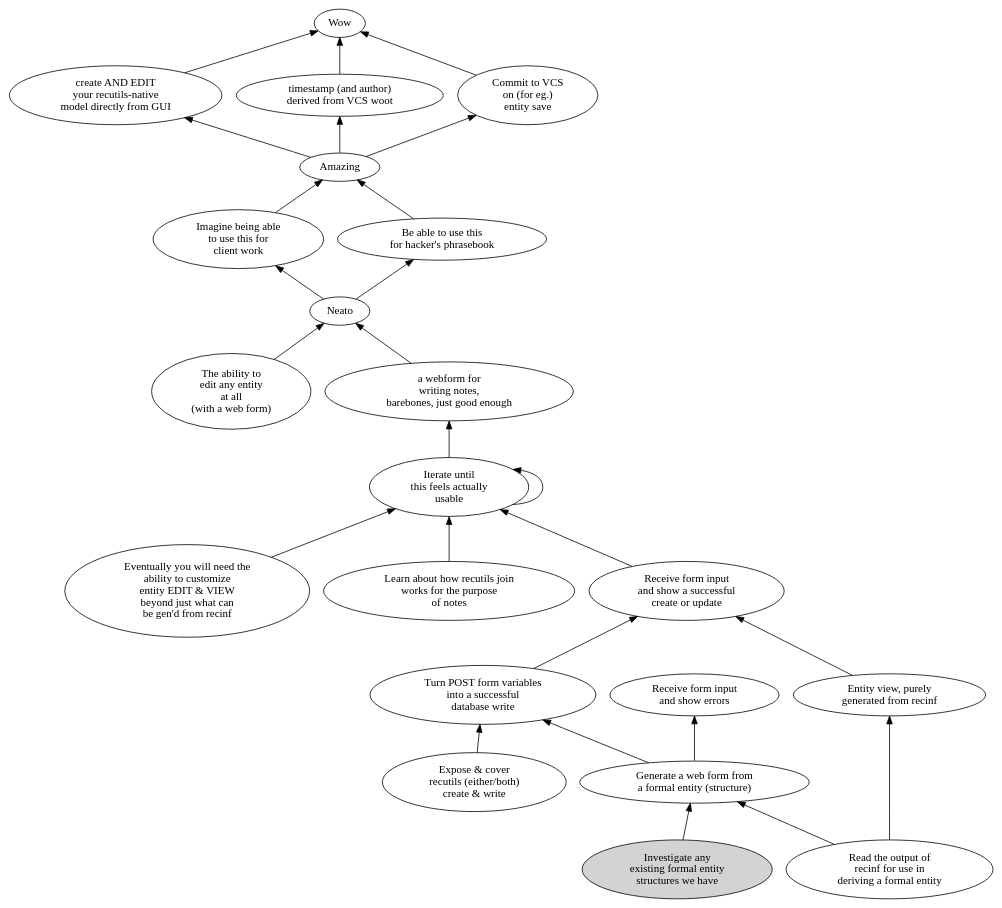
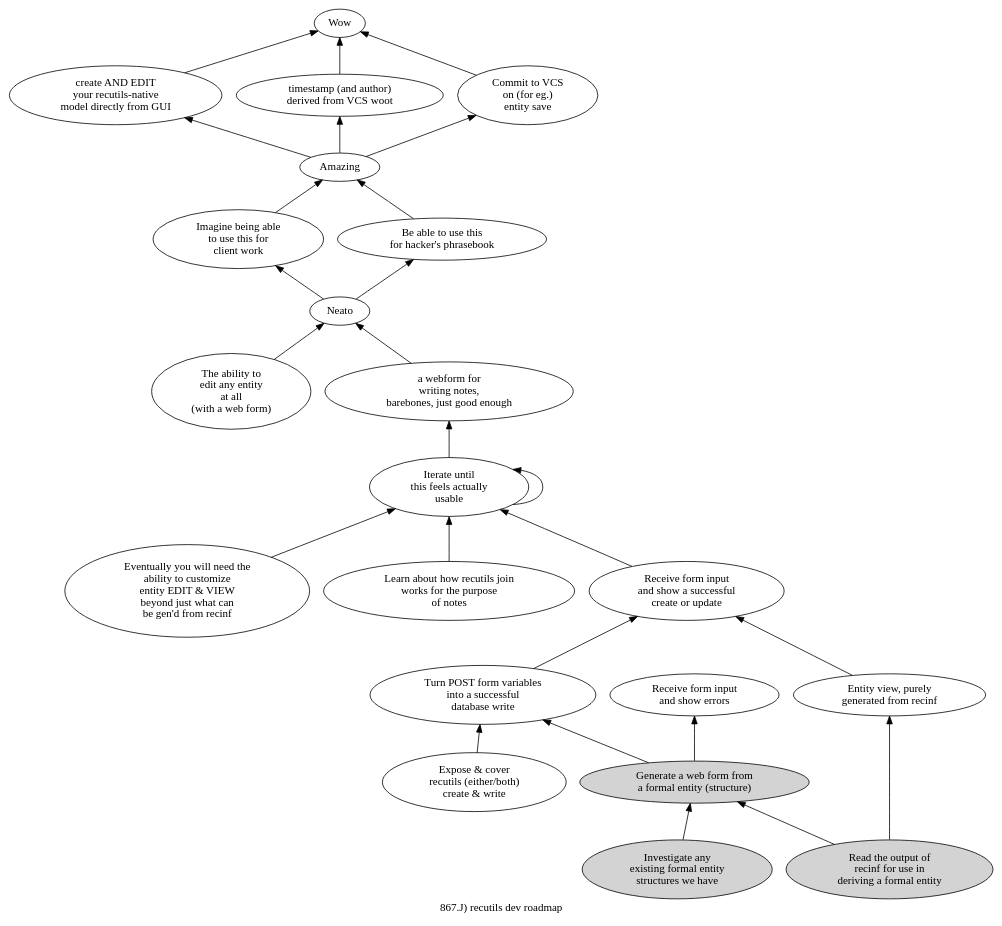
Before and after one commit to hipe/tmx: the diagram in kiss-rdb-doc/867.J.towards-a-recutils-dev-roadmap.dot, drawn with Graphviz. The commit also changed 10 other files, not shown here.

First line of the commit message:
feat(kiss:cap-server) Add abstract schema via recinf (+1=604)

```diff
--- a/kiss-rdb-doc/867.J.towards-a-recutils-dev-roadmap.dot
+++ b/kiss-rdb-doc/867.J.towards-a-recutils-dev-roadmap.dot
@@ -1,55 +1,56 @@
 digraph g {
+label="867.J) recutils dev roadmap"
 rankdir=BT  /* Make the thing everything points to be at the top */
 DONE0200[label="Wow"]
 MODELLER->DONE0200
 VCS->DONE0200
 VCSWRITE->DONE0200
 DONE0100[label="Amazing"]
 CW->DONE0100
 HPB->DONE0100
 CW[label="Imagine being able\nto use this for\nclient work"]
 DONE0050->CW
 HPB[label="Be able to use this\nfor hacker's phrasebook"]
 DONE0050->HPB
 DONE0050[label="Neato"]
 EAEAA->DONE0050
 JOINNOTES->DONE0050
 ITERUSE[label="Iterate until\nthis feels actually\nusable"]
 CUSTOM->ITERUSE
 ITERUSE->ITERUSE
 JOIN->ITERUSE
 RFIOK->ITERUSE
 EAEAA[label="The ability to\nedit any entity\nat all\n(with a web form)"]
 CREATEOK[label="Turn POST form variables\ninto a successful\ndatabase write"]
 EXPOSEW->CREATEOK
 GWFFFE->CREATEOK
 EXPOSEW[label="Expose & cover\nrecutils (either/both)\ncreate & write"]
-GWFFFE[label="Generate a web form from\na formal entity (structure)"]
+GWFFFE[label="Generate a web form from\na formal entity (structure)" style=filled]
 EFORM->GWFFFE
 RRI->GWFFFE
 RFISE[label="Receive form input\nand show errors"]
 GWFFFE->RFISE
 RFIOK[label="Receive form input\nand show a successful\ncreate or update"]
 CREATEOK->RFIOK
 VIEW->RFIOK
-RRI[label="Read the output of\nrecinf for use in\nderiving a formal entity"]
+RRI[label="Read the output of\nrecinf for use in\nderiving a formal entity" style=filled]
 JOINNOTES[label="a webform for\nwriting notes,\nbarebones, just good enough"]
 ITERUSE->JOINNOTES
 JOIN[label="Learn about how recutils join\nworks for the purpose\nof notes"]
 VCS[label="timestamp (and author)\nderived from VCS woot"]
 DONE0100->VCS
 VCSWRITE[label="Commit to VCS\non (for eg.)\nentity save"]
 DONE0100->VCSWRITE
 CUSTOM[label="Eventually you will need the\nability to customize
 entity EDIT & VIEW\nbeyond just what can\nbe gen'd from recinf"]
 VIEW[label="Entity view, purely\ngenerated from recinf"]
 RRI->VIEW
 MODELLER[label="create AND EDIT\nyour recutils-native\nmodel directly from GUI"]
 DONE0100->MODELLER
 EFORM[label="Investigate any\nexisting formal entity\nstructures we have" style=filled]
 }
 
 /*
 #history-C.1 Create a rough draft of dependencies from initial nodes
 #born
 */
```
